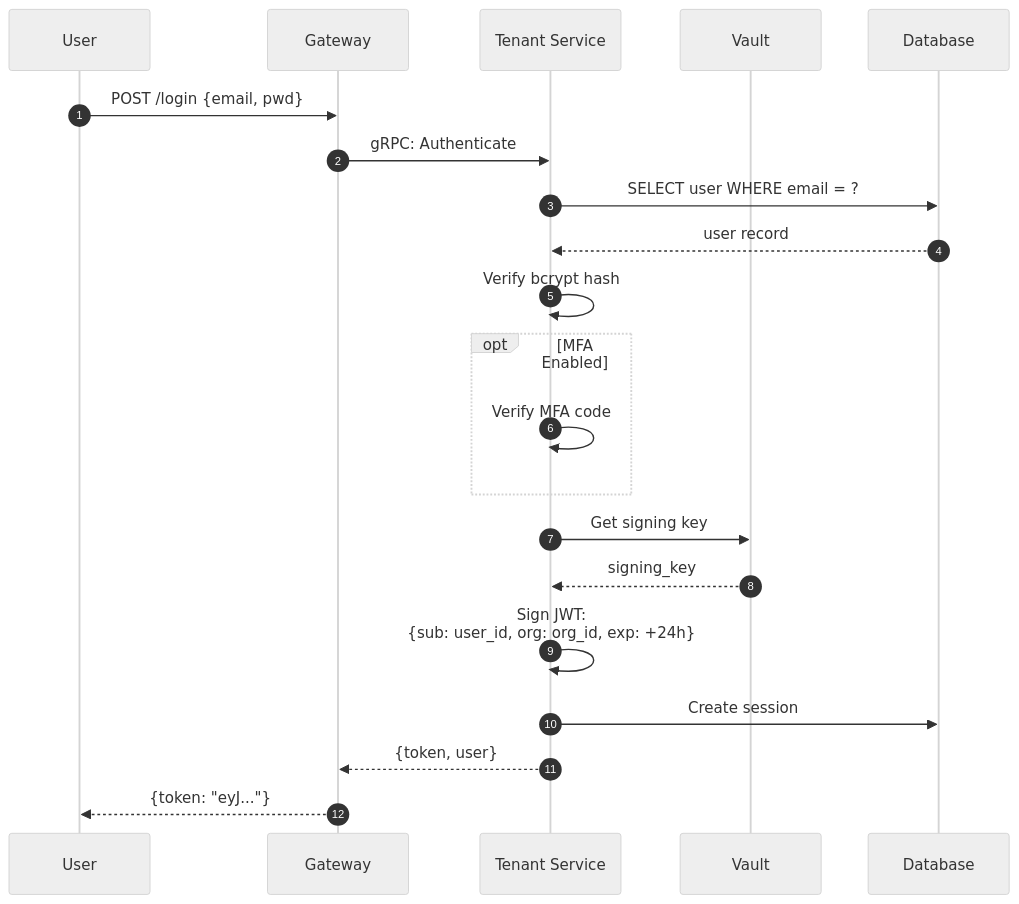
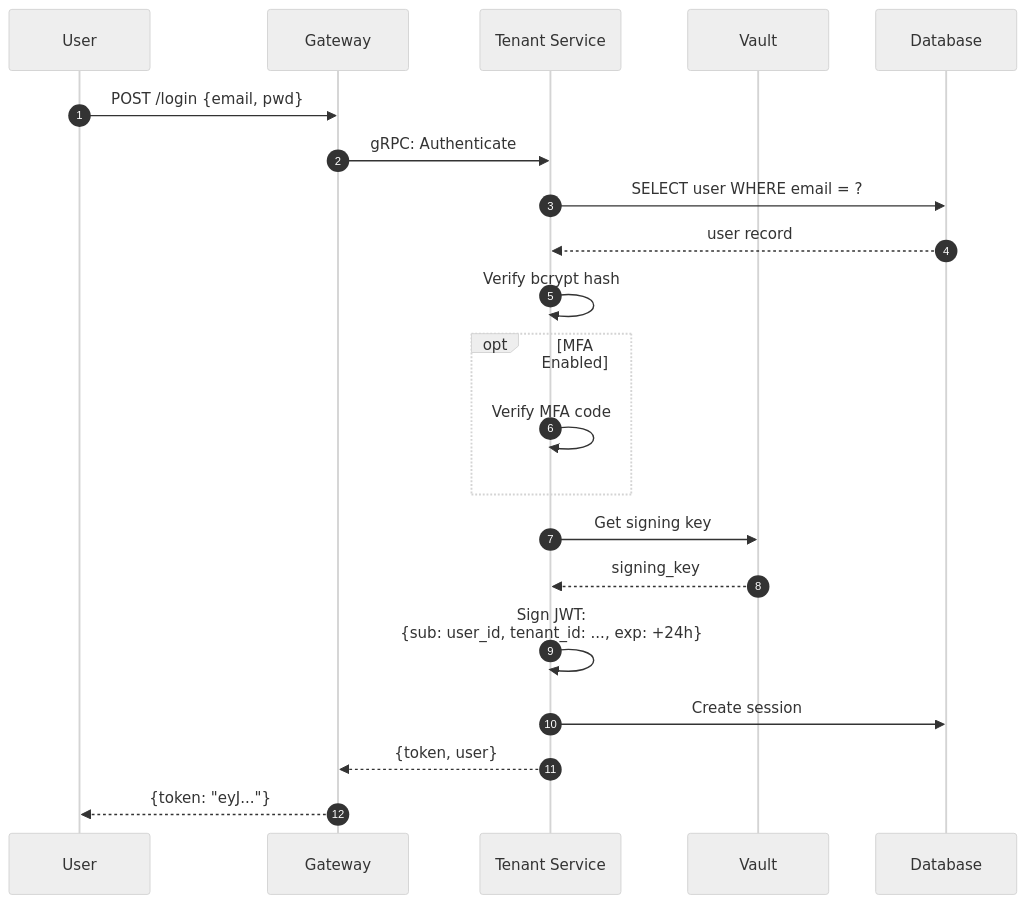
Before and after one commit to Abhishekkumar2021/Pravah: the ninth of 12 diagrams in docs/lld/04-sequence-diagrams.md, drawn with Mermaid (neutral theme). The commit also changed other lines of this file and 61 other files, not shown here.

````diff
--- a/docs/lld/04-sequence-diagrams.md
+++ b/docs/lld/04-sequence-diagrams.md
@@ -292,30 +292,30 @@
 ```mermaid
 sequenceDiagram
     autonumber
     participant User
     participant Gateway
     participant TenantSvc as Tenant Service
     participant Vault
     participant DB as Database
     
     User->>Gateway: POST /login {email, pwd}
     Gateway->>TenantSvc: gRPC: Authenticate
     
     TenantSvc->>DB: SELECT user WHERE email = ?
     DB-->>TenantSvc: user record
     
     TenantSvc->>TenantSvc: Verify bcrypt hash
     
     opt MFA Enabled
         TenantSvc->>TenantSvc: Verify MFA code
     end
     
     TenantSvc->>Vault: Get signing key
     Vault-->>TenantSvc: signing_key
     
-    TenantSvc->>TenantSvc: Sign JWT:<br/>{sub: user_id, org: org_id, exp: +24h}
+    TenantSvc->>TenantSvc: Sign JWT:<br/>{sub: user_id, tenant_id: ..., exp: +24h}
     TenantSvc->>DB: Create session
     
     TenantSvc-->>Gateway: {token, user}
     Gateway-->>User: {token: "eyJ..."}
 ```
````
